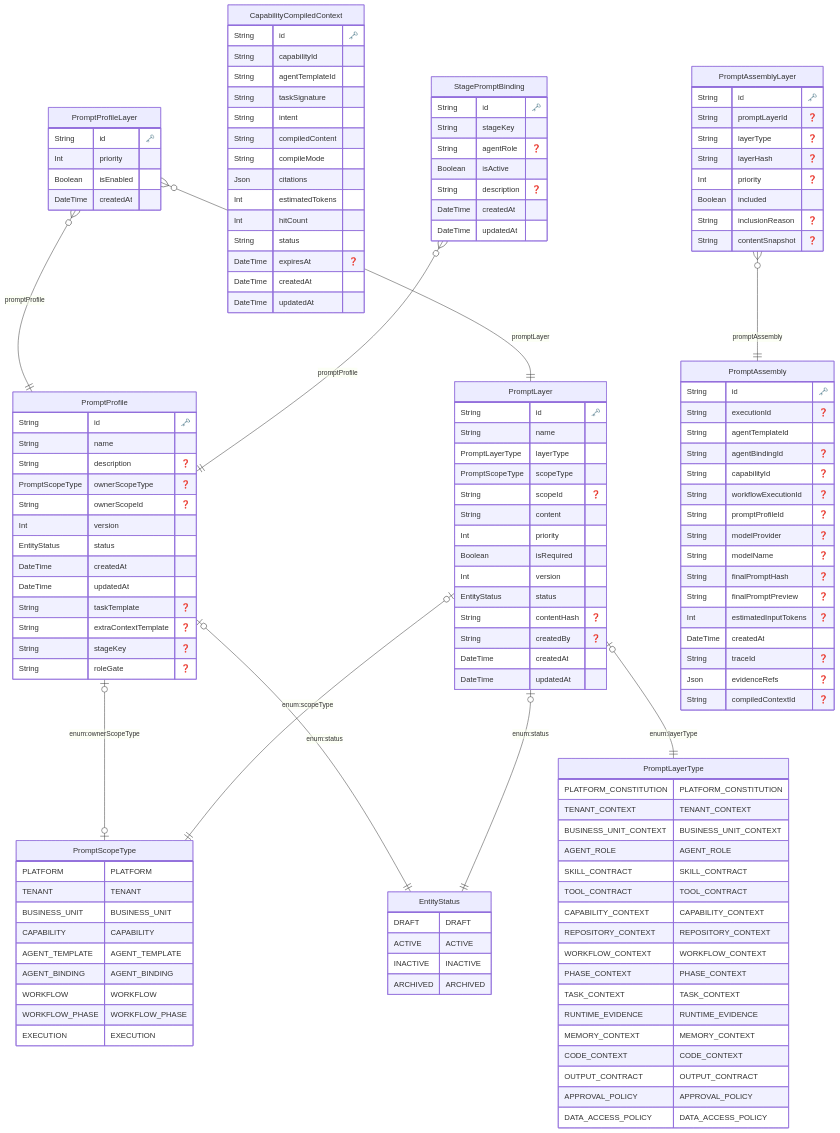
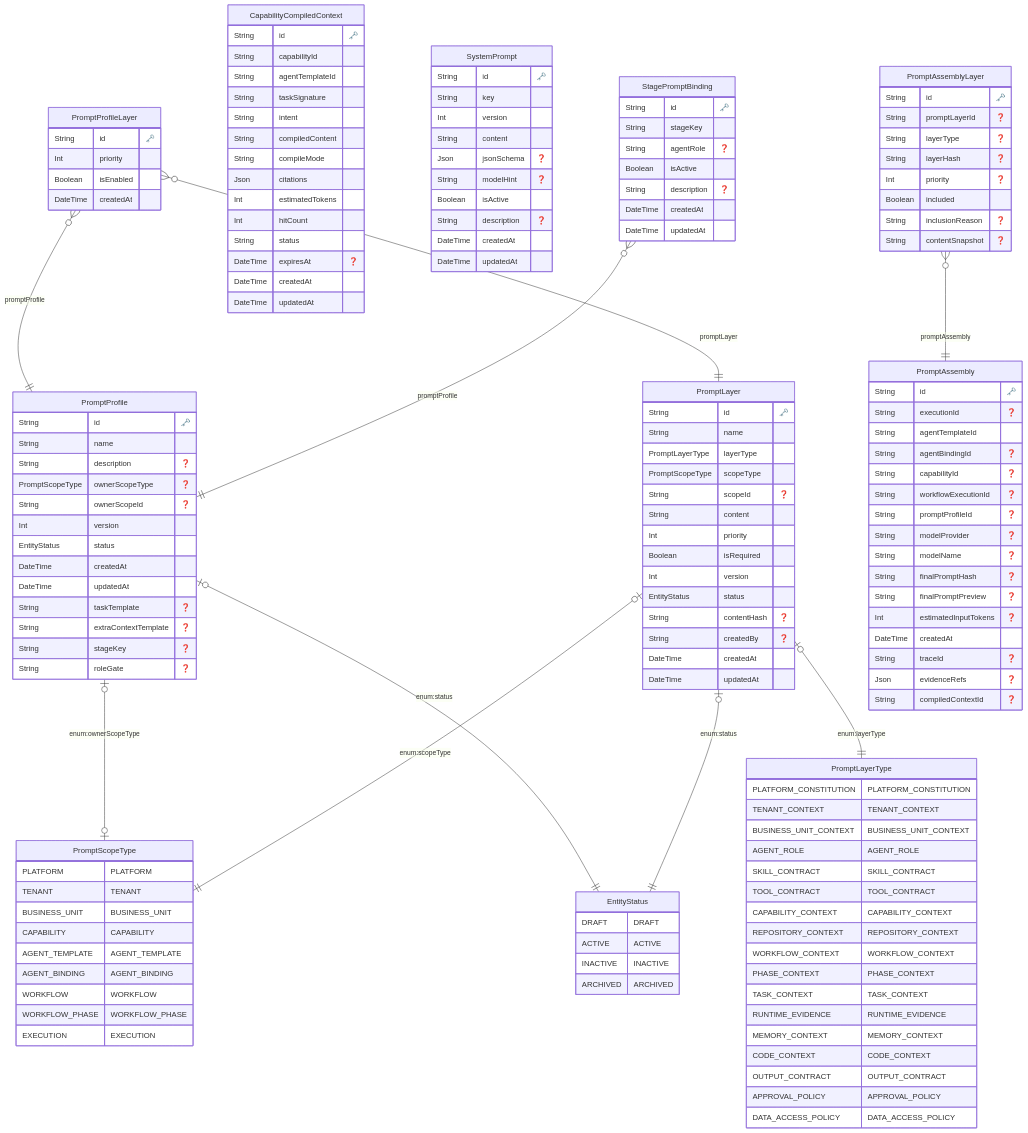
The diagram in docs/data-model/03-prompt-composer-owned.md (ashokraj2011/singularity-platform), drawn with Mermaid before and after one commit. The commit also changed 15 other files, not shown here.

```diff
--- a/docs/data-model/03-prompt-composer-owned.md
+++ b/docs/data-model/03-prompt-composer-owned.md
@@ -125,6 +125,20 @@
     }
   
 
+  "SystemPrompt" {
+    String id "🗝️"
+    String key 
+    Int version 
+    String content 
+    Json jsonSchema "❓"
+    String modelHint "❓"
+    Boolean isActive 
+    String description "❓"
+    DateTime createdAt 
+    DateTime updatedAt 
+    }
+  
+
   "StagePromptBinding" {
     String id "🗝️"
     String stageKey 
```
